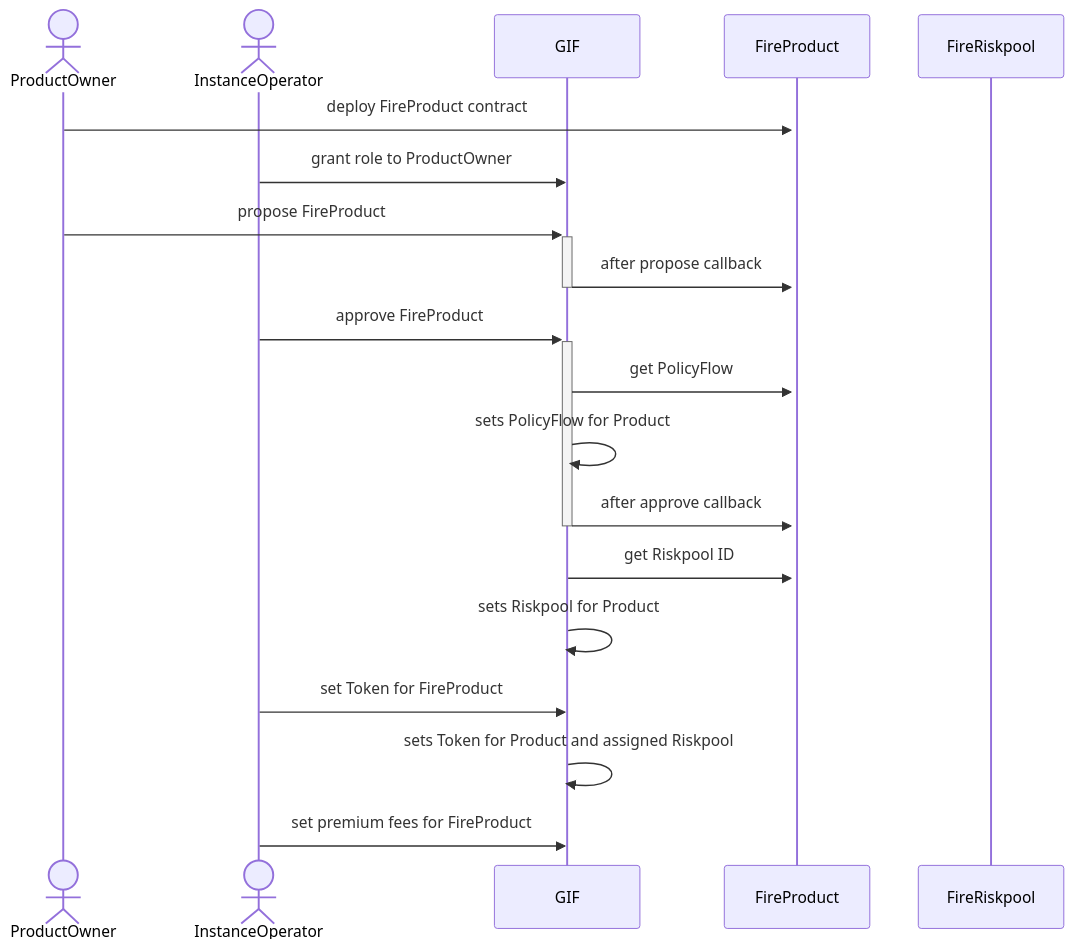
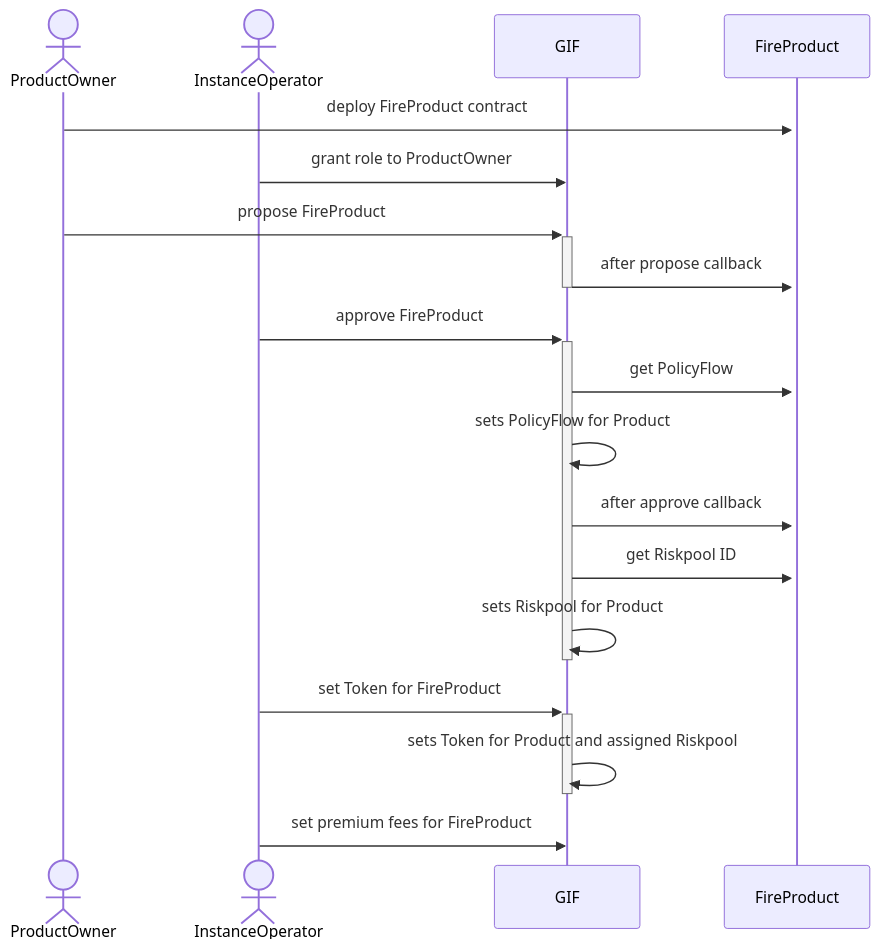
The diagram in docs/modules/ROOT/assets/images/fire_product_registration.md (etherisc/gif-sandbox), drawn with Mermaid before and after one commit.

````diff
--- a/docs/modules/ROOT/assets/images/fire_product_registration.md
+++ b/docs/modules/ROOT/assets/images/fire_product_registration.md
@@ -3,22 +3,21 @@
 ```mermaid
 sequenceDiagram
     actor PO as ProductOwner
     actor IO as InstanceOperator
     participant G as GIF
     participant P as FireProduct
-    participant R as FireRiskpool
     
     PO ->>+ P: deploy FireProduct contract
     IO ->> G: grant role to ProductOwner
     PO ->>+ G: propose FireProduct
     G ->>- P: after propose callback
     IO ->>+ G: approve FireProduct
     G ->> P: get PolicyFlow
     G ->> G: sets PolicyFlow for Product
-    G ->>- P: after approve callback
+    G ->> P: after approve callback
     G ->> P: get Riskpool ID
-    G ->> G: sets Riskpool for Product
-    IO ->> G: set Token for FireProduct
-    G ->> G: sets Token for Product and assigned Riskpool
+    G ->>- G: sets Riskpool for Product
+    IO ->>+ G: set Token for FireProduct
+    G ->>- G: sets Token for Product and assigned Riskpool
     IO ->> G: set premium fees for FireProduct
 ```
````
